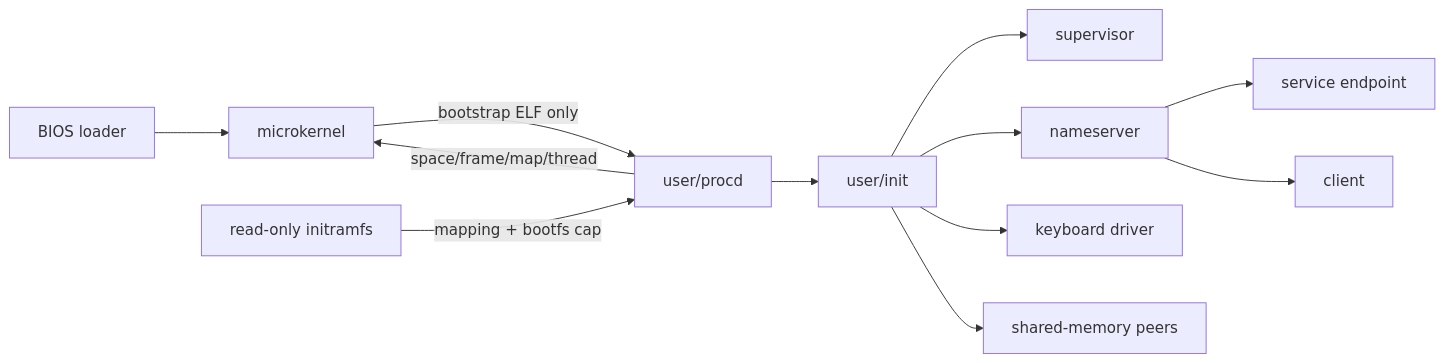
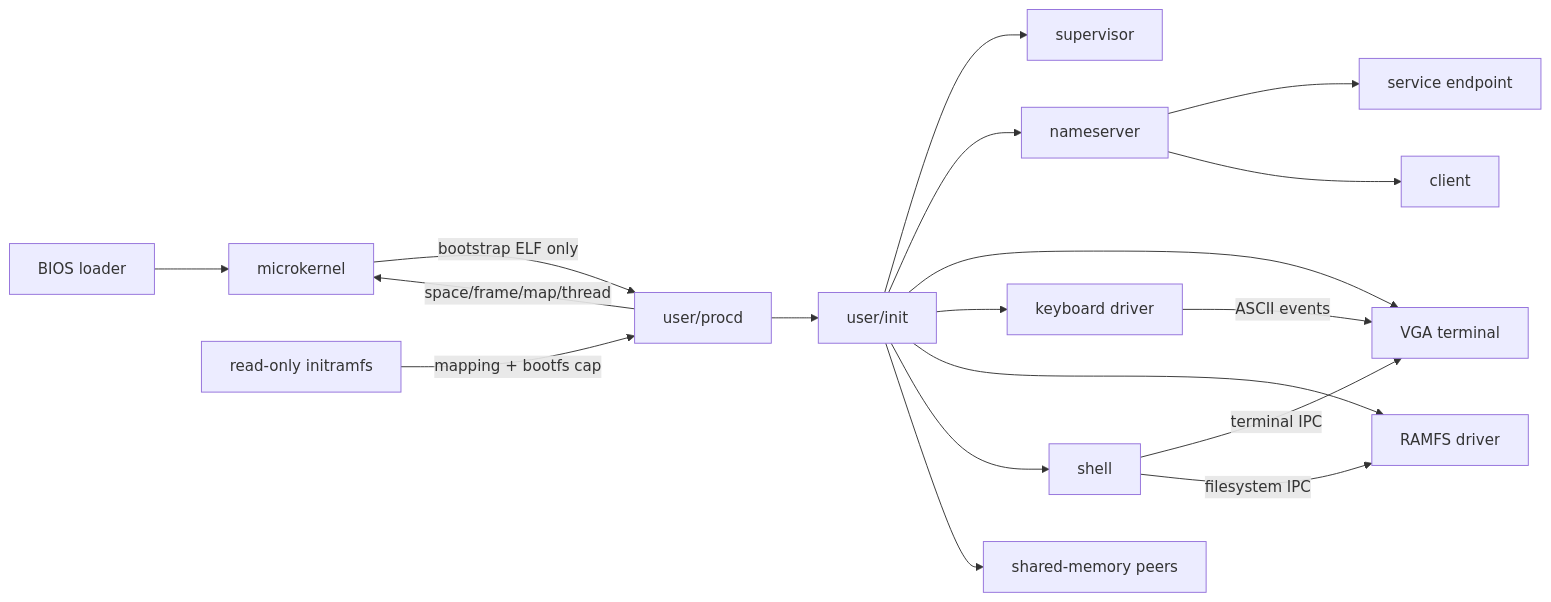
Before and after one commit to VladimirKraswov/varania-os: the diagram in README.md, drawn with Mermaid. The commit also changed other lines of this file and 26 other files, not shown here.

Commit message:
feat: add user-space terminal shell and ramfs

````diff
--- a/README.md
+++ b/README.md
@@ -100,14 +128,20 @@
 ```mermaid
 flowchart LR
     B["BIOS loader"] --> K["microkernel"]
     K -->|"bootstrap ELF only"| P["user/procd"]
     R["read-only initramfs"] -->|"mapping + bootfs cap"| P
     P -->|"space/frame/map/thread"| K
     P --> I["user/init"]
     I --> V["supervisor"]
     I --> N["nameserver"]
     N --> S["service endpoint"]
     N --> C["client"]
+    I --> T["VGA terminal"]
     I --> D["keyboard driver"]
-    I --> H["shared-memory peers"]
+    I --> F["RAMFS driver"]
+    I --> SH["shell"]
+    D -->|"ASCII events"| T
+    SH -->|"terminal IPC"| T
+    SH -->|"filesystem IPC"| F
+    I --> M["shared-memory peers"]
 ```
````
